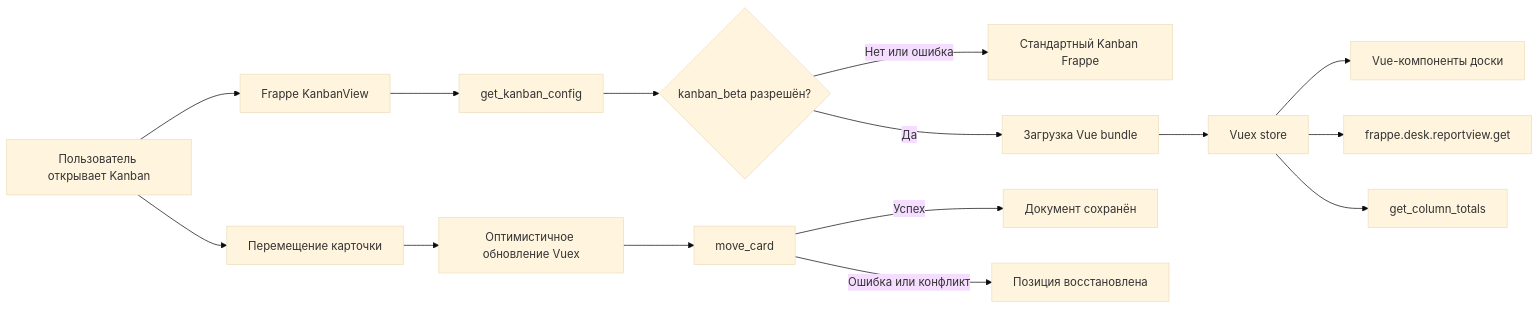
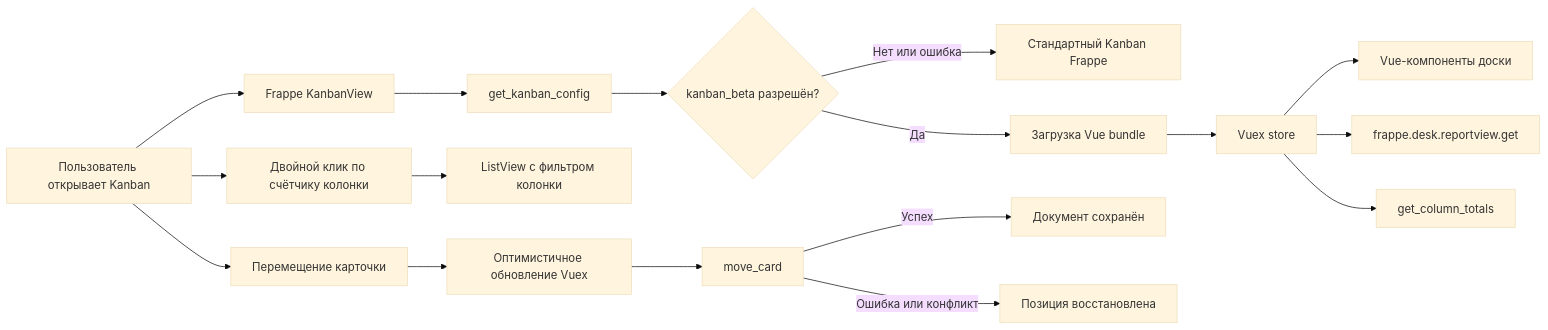
One commit to Dinext-pro/dinext_kanban changed the diagram in README.md. Above: the diagram before and after it, drawn with Mermaid (base theme). The commit also changed other lines of this file and 11 other files, not shown here.

Commit message:
feat: add double-click functionality on column count to open filtered list view, enhance README with new instructions, and update styles for better user interaction

````diff
--- a/README.md
+++ b/README.md
@@ -258,17 +265,19 @@
 ```mermaid
 flowchart LR
     User[Пользователь открывает Kanban] --> Native[Frappe KanbanView]
     Native --> Config[get_kanban_config]
     Config --> Decision{kanban_beta разрешён?}
     Decision -->|Нет или ошибка| Standard[Стандартный Kanban Frappe]
     Decision -->|Да| Bundle[Загрузка Vue bundle]
     Bundle --> Store[Vuex store]
     Store --> Board[Vue-компоненты доски]
     Store --> ListAPI[frappe.desk.reportview.get]
     Store --> Totals[get_column_totals]
+    User --> ListNav[Двойной клик по счётчику колонки]
+    ListNav --> ListView[ListView с фильтром колонки]
     User --> Move[Перемещение карточки]
     Move --> Optimistic[Оптимистичное обновление Vuex]
     Optimistic --> MoveAPI[move_card]
     MoveAPI -->|Успех| Saved[Документ сохранён]
     MoveAPI -->|Ошибка или конфликт| Rollback[Позиция восстановлена]
 ```
````
